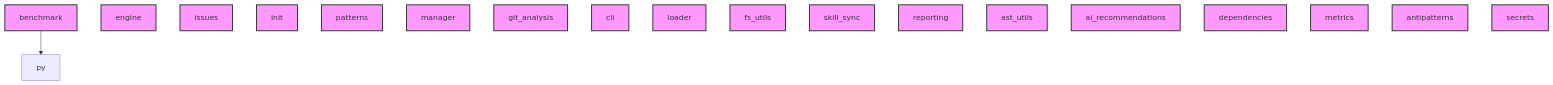
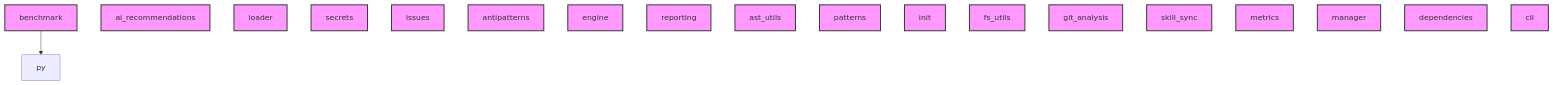
The diagram in AI_CONTEXT.md (geociencio/ai-context-core), drawn with Mermaid before and after one commit. The commit also changed other lines of this file and 9 other files, not shown here.

````diff
--- a/AI_CONTEXT.md
+++ b/AI_CONTEXT.md
@@ -120,41 +120,41 @@
 ```mermaid
 graph TD
     benchmark --> py
     classDef module fill:#f9f,stroke:#333,stroke-width:2px;
+    ai_recommendations
+    class ai_recommendations module;
+    loader
+    class loader module;
+    secrets
+    class secrets module;
+    issues
+    class issues module;
+    antipatterns
+    class antipatterns module;
     engine
     class engine module;
-    issues
-    class issues module;
+    reporting
+    class reporting module;
+    benchmark
+    class benchmark module;
+    ast_utils
+    class ast_utils module;
+    patterns
+    class patterns module;
     init
     class init module;
-    patterns
-    class patterns module;
+    fs_utils
+    class fs_utils module;
+    git_analysis
+    class git_analysis module;
+    skill_sync
+    class skill_sync module;
+    metrics
+    class metrics module;
     manager
     class manager module;
-    git_analysis
-    class git_analysis module;
+    dependencies
+    class dependencies module;
     cli
     class cli module;
-    loader
-    class loader module;
-    fs_utils
-    class fs_utils module;
-    skill_sync
-    class skill_sync module;
-    reporting
-    class reporting module;
-    ast_utils
-    class ast_utils module;
-    ai_recommendations
-    class ai_recommendations module;
-    dependencies
-    class dependencies module;
-    metrics
-    class metrics module;
-    antipatterns
-    class antipatterns module;
-    secrets
-    class secrets module;
-    benchmark
-    class benchmark module;
 ```
````
